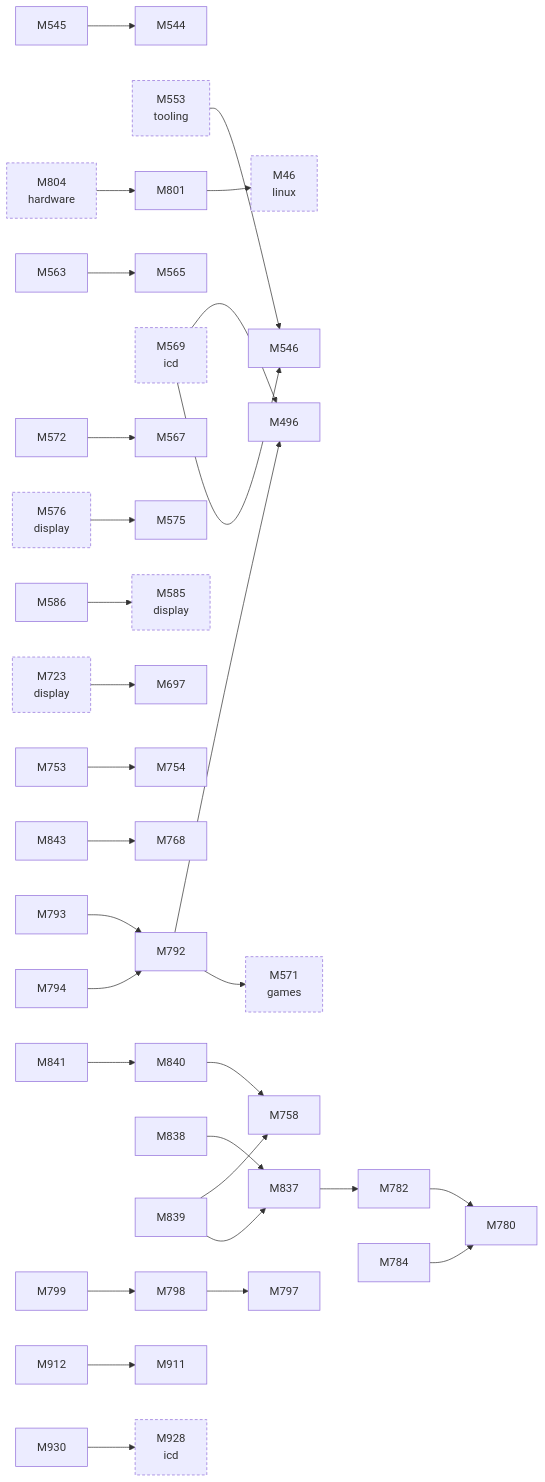
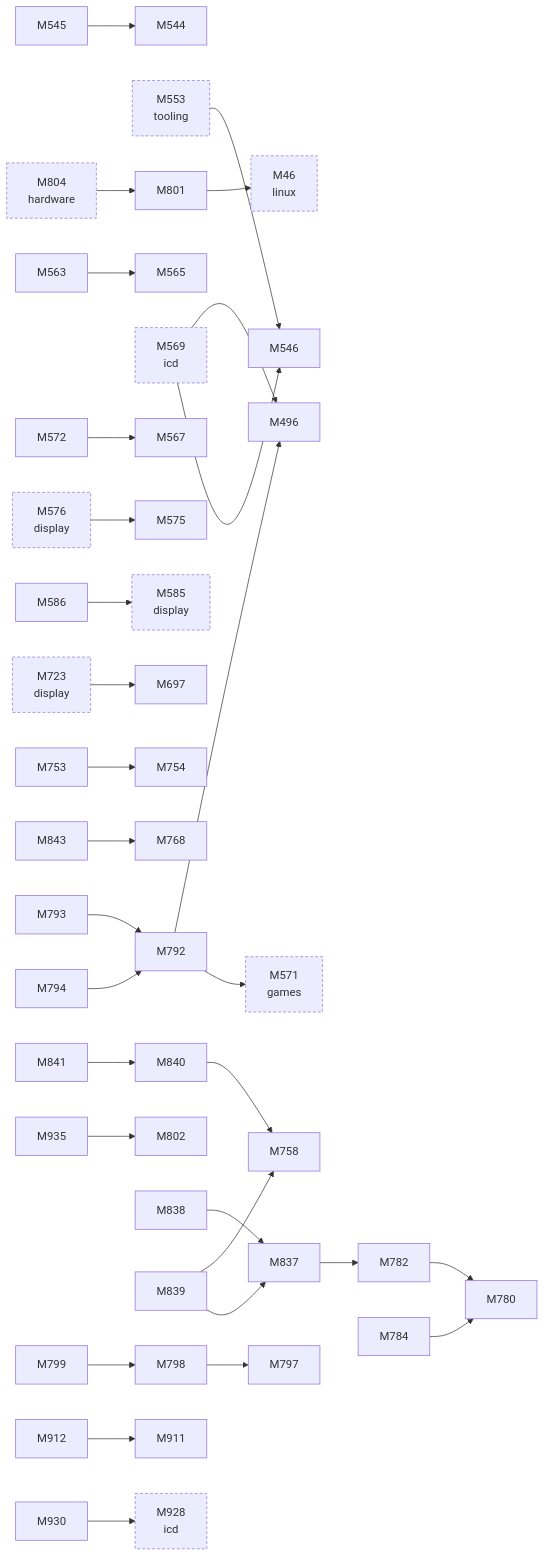
The second of 2 diagrams in docs/facts/graphs/d3d.md (D-Ogi/amdgpu-wddm), drawn with Mermaid before and after one commit. The commit also changed 12 other files, not shown here.

````diff
--- a/docs/facts/graphs/d3d.md
+++ b/docs/facts/graphs/d3d.md
@@ -34,77 +34,80 @@
 ```mermaid
 flowchart LR
   M46["M46<br/>linux"]
   M496["M496"]
   M544["M544"]
   M545["M545"]
   M546["M546"]
   M553["M553<br/>tooling"]
   M563["M563"]
   M565["M565"]
   M567["M567"]
   M569["M569<br/>icd"]
   M571["M571<br/>games"]
   M572["M572"]
   M575["M575"]
   M576["M576<br/>display"]
   M585["M585<br/>display"]
   M586["M586"]
   M697["M697"]
   M723["M723<br/>display"]
   M753["M753"]
   M754["M754"]
   M758["M758"]
   M768["M768"]
   M780["M780"]
   M782["M782"]
   M784["M784"]
   M792["M792"]
   M793["M793"]
   M794["M794"]
   M797["M797"]
   M798["M798"]
   M799["M799"]
   M801["M801"]
+  M802["M802"]
   M804["M804<br/>hardware"]
   M837["M837"]
   M838["M838"]
   M839["M839"]
   M840["M840"]
   M841["M841"]
   M843["M843"]
   M911["M911"]
   M912["M912"]
   M928["M928<br/>icd"]
   M930["M930"]
+  M935["M935"]
   M804 --> M801
   M576 --> M575
   M723 --> M697
   M569 --> M496
   M569 --> M546
   M545 --> M544
   M563 --> M565
   M572 --> M567
   M586 --> M585
   M753 --> M754
   M782 --> M780
   M784 --> M780
   M792 --> M496
   M792 --> M571
   M793 --> M792
   M794 --> M792
   M798 --> M797
   M799 --> M798
   M801 --> M46
   M837 --> M782
   M838 --> M837
   M839 --> M758
   M839 --> M837
   M840 --> M758
   M841 --> M840
   M843 --> M768
   M912 --> M911
   M930 --> M928
+  M935 --> M802
   M553 --> M546
   classDef other stroke-dasharray:4 3
   class M46,M553,M569,M571,M576,M585,M723,M804,M928 other
 ```
````
